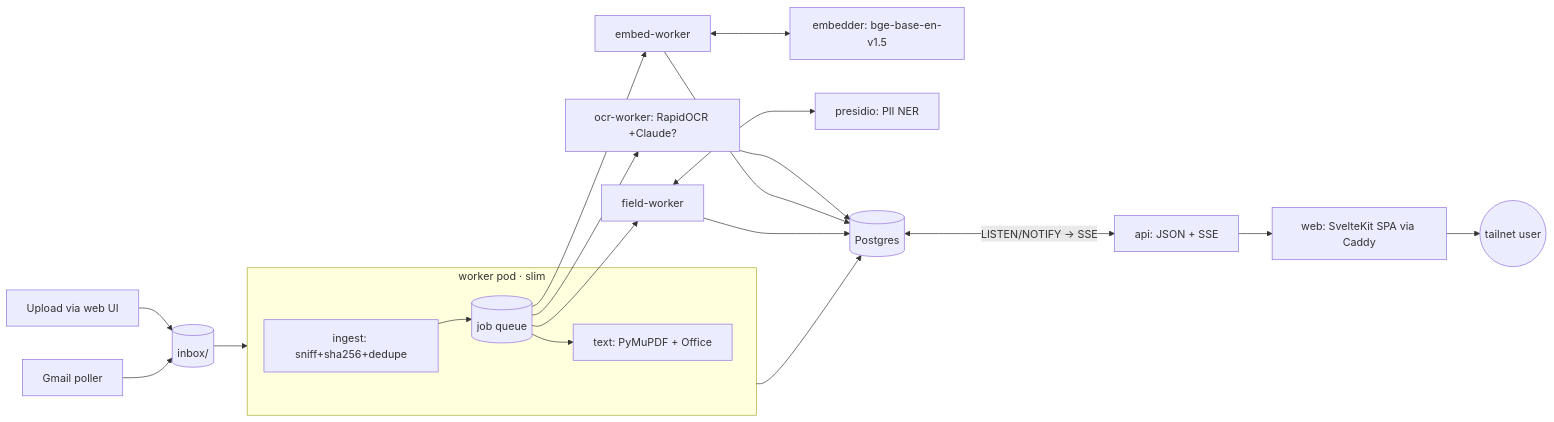
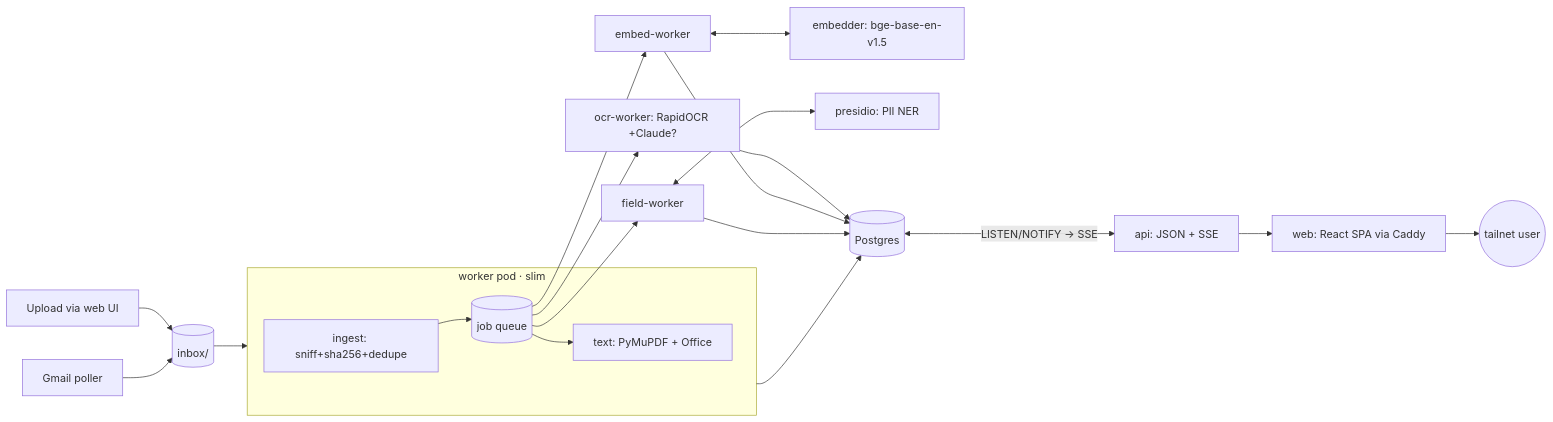
One commit to rj-1234/homelab changed the diagram in doc-catalog/README.md. Above: the diagram before and after it, drawn with Mermaid. The commit also changed other lines of this file and 81 other files, not shown here.

````diff
--- a/doc-catalog/README.md
+++ b/doc-catalog/README.md
@@ -36,22 +36,22 @@
 ```mermaid
 flowchart LR
   up[Upload via web UI] --> inbox[(inbox/)]
   gm[Gmail poller] --> inbox
   inbox --> worker
   subgraph worker[worker pod · slim]
     ing[ingest: sniff+sha256+dedupe] --> q[(job queue)]
     q --> txt[text: PyMuPDF + Office]
   end
   q --> ocrw[ocr-worker: RapidOCR +Claude?]
   q --> embw[embed-worker]
   q --> fldw[field-worker]
   embw <--> embedder[embedder: bge-base-en-v1.5]
   fldw <--> presidio[presidio: PII NER]
   worker --> pg[(Postgres)]
   ocrw --> pg
   embw --> pg
   fldw --> pg
   pg <-->|LISTEN/NOTIFY → SSE| api[api: JSON + SSE]
-  api --> web[web: SvelteKit SPA via Caddy]
+  api --> web[web: React SPA via Caddy]
   web --> user((tailnet user))
 ```
````
